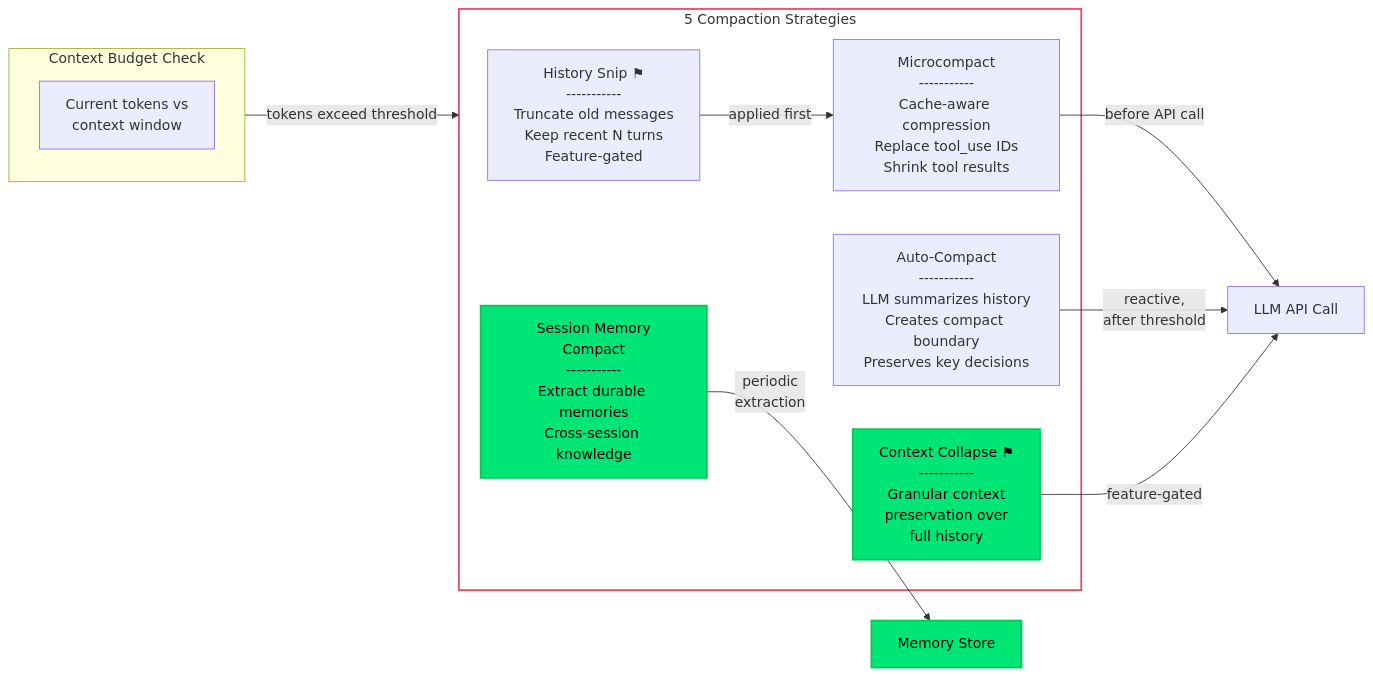
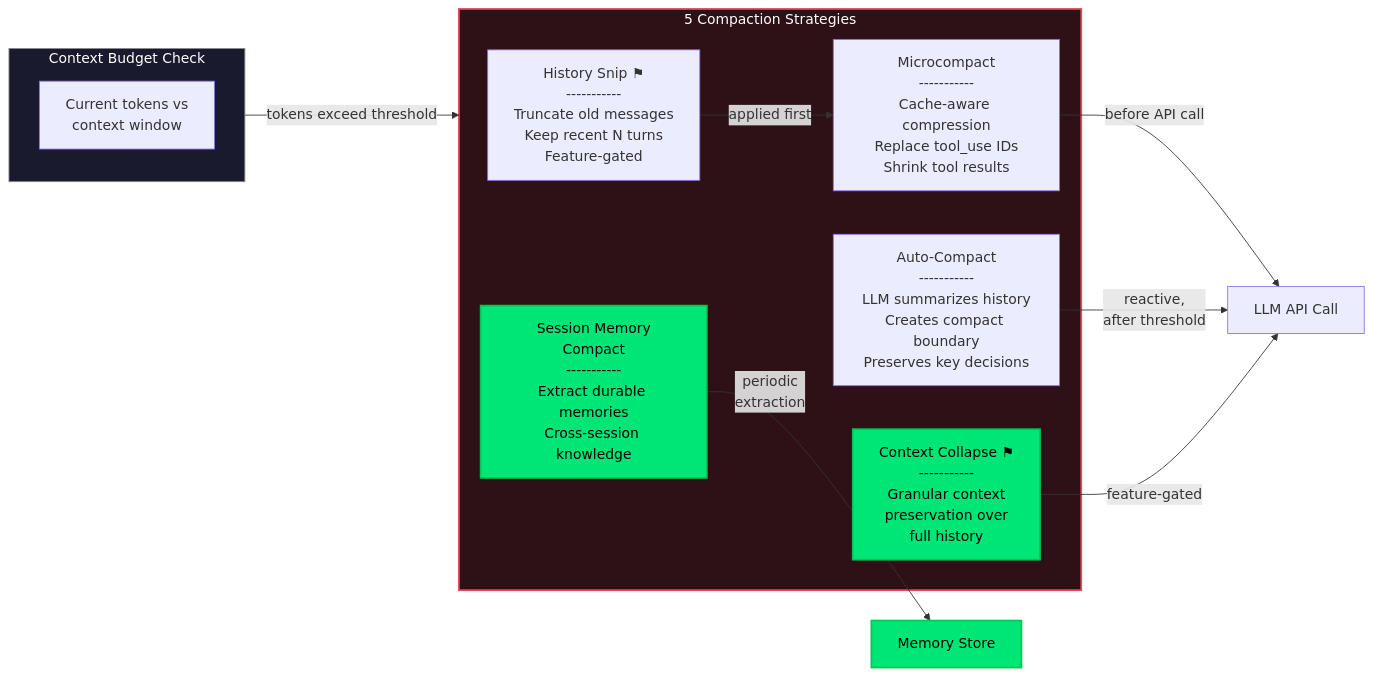
The tenth of 14 diagrams in DIAGRAMS.md (PavelValentov/multi-agent-architecture), drawn with Mermaid before and after one commit. The commit also changed other lines of this file, not shown here.

First line of the commit message:
Add consistent dark fills to all diagram subgraphs

````diff
--- a/DIAGRAMS.md
+++ b/DIAGRAMS.md
@@ -818,27 +833,28 @@
 ```mermaid
 flowchart LR
     subgraph Input["Context Budget Check"]
         TOKENS["Current tokens vs<br/>context window"]
     end
 
     Input -->|"tokens exceed threshold"| STRATEGIES
 
     subgraph STRATEGIES["5 Compaction Strategies"]
         SNIP["History Snip ⚑<br/>-----------<br/>Truncate old messages<br/>Keep recent N turns<br/>Feature-gated"]
         MICRO["Microcompact<br/>-----------<br/>Cache-aware compression<br/>Replace tool_use IDs<br/>Shrink tool results"]
         AUTO["Auto-Compact<br/>-----------<br/>LLM summarizes history<br/>Creates compact boundary<br/>Preserves key decisions"]
         CTX_COLLAPSE["Context Collapse ⚑<br/>-----------<br/>Granular context<br/>preservation over<br/>full history"]
         SESSION_MEM["Session Memory<br/>Compact<br/>-----------<br/>Extract durable memories<br/>Cross-session knowledge"]
     end
 
     SNIP -->|"applied first"| MICRO
     MICRO -->|"before API call"| API_CALL["LLM API Call"]
     AUTO -->|"reactive,<br/>after threshold"| API_CALL
     CTX_COLLAPSE -->|"feature-gated"| API_CALL
     SESSION_MEM -->|"periodic<br/>extraction"| MEMORY_STORE["Memory Store"]
 
-    style STRATEGIES fill:transparent,stroke:#e94560,stroke-width:2px
+    style Input fill:#1a1a2e,stroke:#888,stroke-width:1px,color:#fff
+    style STRATEGIES fill:#2d1117,stroke:#e94560,stroke-width:2px,color:#fff
     style SESSION_MEM fill:#00e676,stroke:#00c853,stroke-width:2px,color:#000
     style CTX_COLLAPSE fill:#00e676,stroke:#00c853,stroke-width:2px,color:#000
     style MEMORY_STORE fill:#00e676,stroke:#00c853,stroke-width:2px,color:#000
 ```
````
